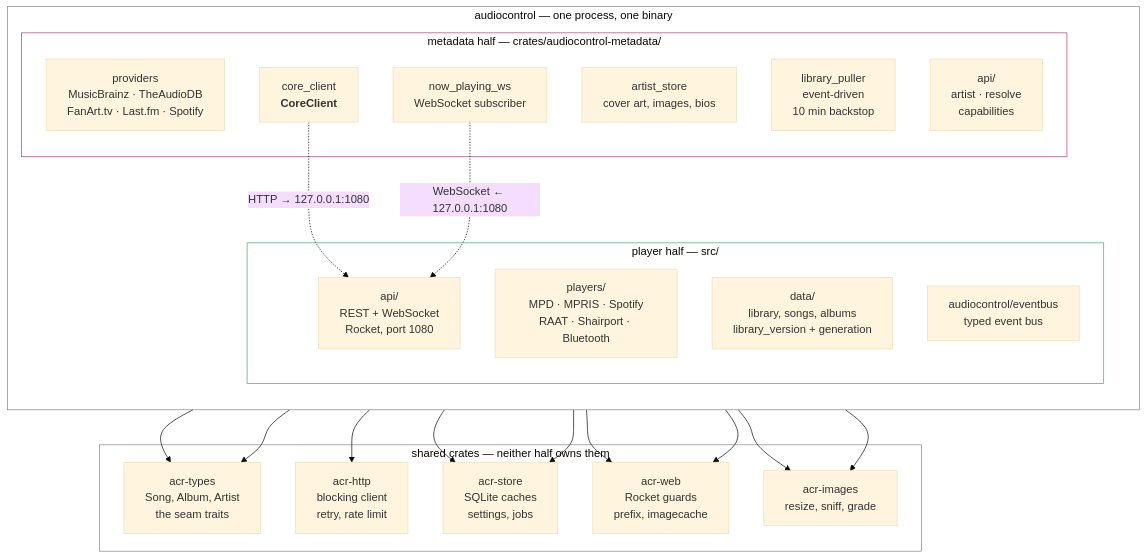
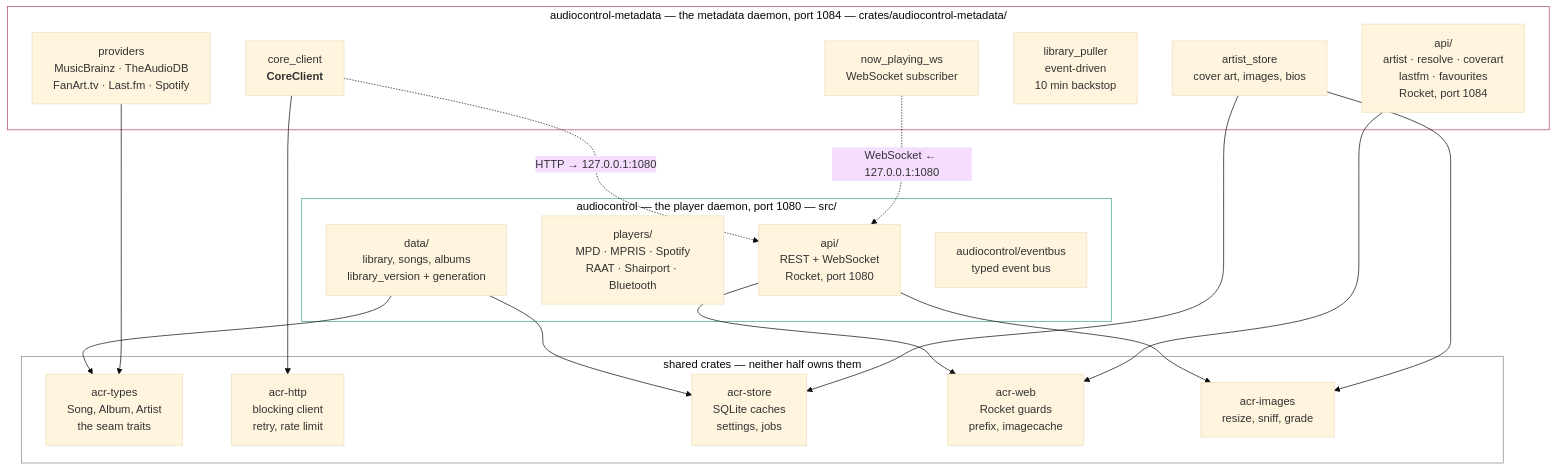
Before and after one commit to hifiberry/acr: the first of 8 diagrams in doc/communications.md, drawn with Mermaid (base theme). The commit also changed other lines of this file and 3 other files, not shown here.

````diff
--- a/doc/communications.md
+++ b/doc/communications.md
@@ -77,46 +81,42 @@
 ```mermaid
 graph TB
-    subgraph bin["audiocontrol — one process, one binary"]
-        direction TB
-        subgraph player["player half — src/"]
-            API["api/<br/>REST + WebSocket<br/>Rocket, port 1080"]
-            PC["players/<br/>MPD · MPRIS · Spotify<br/>RAAT · Shairport · Bluetooth"]
-            LIB["data/<br/>library, songs, albums<br/>library_version + generation"]
-            BUS["audiocontrol/eventbus<br/>typed event bus"]
-        end
-        subgraph meta["metadata half — crates/audiocontrol-metadata/"]
-            PROV["providers<br/>MusicBrainz · TheAudioDB<br/>FanArt.tv · Last.fm · Spotify"]
-            STORE["artist_store<br/>cover art, images, bios"]
-            WS["now_playing_ws<br/>WebSocket subscriber"]
-            PULL["library_puller<br/>event-driven<br/>10 min backstop"]
-            CC["core_client<br/><b>CoreClient</b>"]
-            MAPI["api/<br/>artist · resolve<br/>capabilities"]
-        end
+    subgraph player["audiocontrol — the player daemon, port 1080 — src/"]
+        API["api/<br/>REST + WebSocket<br/>Rocket, port 1080"]
+        PC["players/<br/>MPD · MPRIS · Spotify<br/>RAAT · Shairport · Bluetooth"]
+        LIB["data/<br/>library, songs, albums<br/>library_version + generation"]
+        BUS["audiocontrol/eventbus<br/>typed event bus"]
+    end
+    subgraph meta["audiocontrol-metadata — the metadata daemon, port 1084 — crates/audiocontrol-metadata/"]
+        PROV["providers<br/>MusicBrainz · TheAudioDB<br/>FanArt.tv · Last.fm · Spotify"]
+        STORE["artist_store<br/>cover art, images, bios"]
+        WS["now_playing_ws<br/>WebSocket subscriber"]
+        PULL["library_puller<br/>event-driven<br/>10 min backstop"]
+        CC["core_client<br/><b>CoreClient</b>"]
+        MAPI["api/<br/>artist · resolve · coverart<br/>lastfm · favourites<br/>Rocket, port 1084"]
     end
 
     subgraph shared["shared crates — neither half owns them"]
         T["acr-types<br/>Song, Album, Artist<br/>the seam traits"]
         H["acr-http<br/>blocking client<br/>retry, rate limit"]
         S["acr-store<br/>SQLite caches<br/>settings, jobs"]
         W["acr-web<br/>Rocket guards<br/>prefix, imagecache"]
         I["acr-images<br/>resize, sniff, grade"]
     end
 
     CC -.->|"HTTP → 127.0.0.1:1080"| API
     WS -.->|"WebSocket ← 127.0.0.1:1080"| API
 
     LIB --> T
     API --> W
     LIB --> S
     API --> I
     PROV --> T
     CC --> H
     STORE --> S
     MAPI --> W
     STORE --> I
 
-    style bin fill:none,stroke:#888
     style player fill:none,stroke:#4a7
     style meta fill:none,stroke:#a47
     style shared fill:none,stroke:#888
 ```
````
